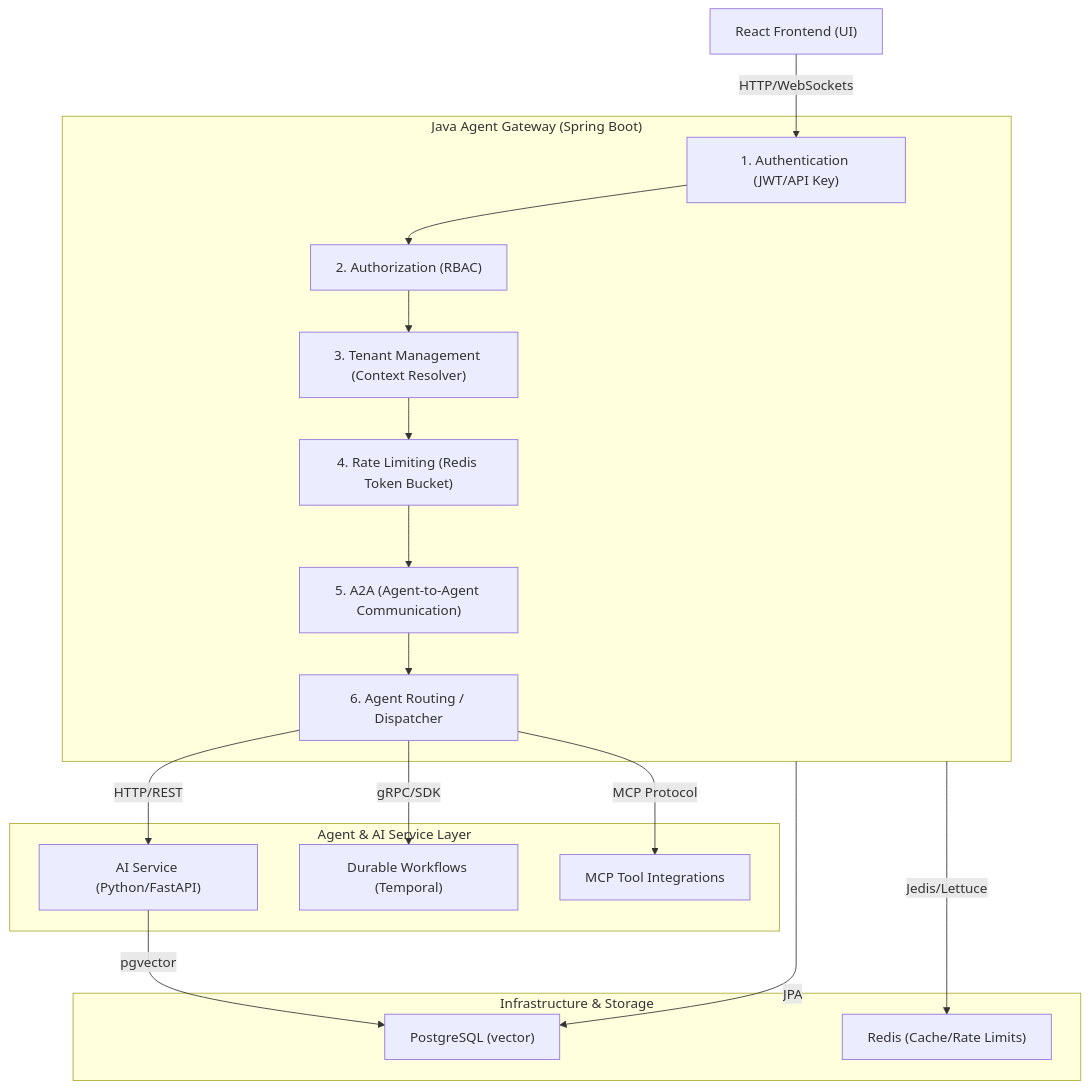
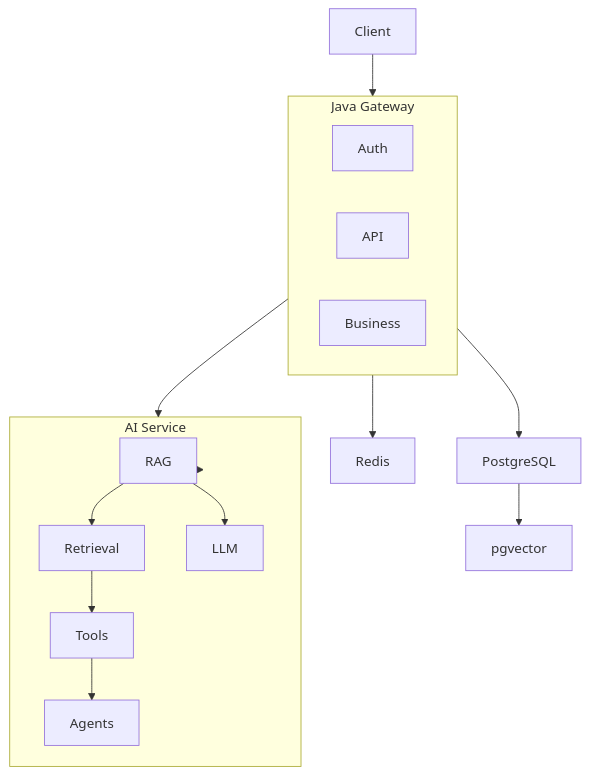
The diagram in architecture.md (sam08153/enterprise-agentops), drawn with Mermaid before and after one commit. The commit also changed other lines of this file, not shown here.

Commit message:
update architecture

```````diff
--- a/architecture.md
+++ b/architecture.md
@@ -7,48 +7,42 @@
 ```mermaid
 graph TD
     %% Clients
-    ReactApp["React Frontend (UI)"]
+    Client["Client"]
 
     %% Gateway Layer
-    subgraph Gateway ["Java Agent Gateway (Spring Boot)"]
-        AuthFilter["1. Authentication (JWT/API Key)"]
-        AuthzInterceptor["2. Authorization (RBAC)"]
-        TenantResolver["3. Tenant Management (Context Resolver)"]
-        RateLimiter["4. Rate Limiting (Redis Token Bucket)"]
-        A2AEngine["5. A2A (Agent-to-Agent Communication)"]
-        AgentRouter["6. Agent Routing / Dispatcher"]
+    subgraph Gateway ["Java Gateway"]
+        Auth["Auth"]
+        API["API"]
+        Business["Business"]
     end
 
-    %% Execution Layer
-    subgraph Execution ["Agent & AI Service Layer"]
-        FastAPIService["AI Service (Python/FastAPI)"]
-        TemporalWorker["Durable Workflows (Temporal)"]
-        MCPServer["MCP Tool Integrations"]
+    %% Storage & Service Split
+    PostgreSQL["PostgreSQL"]
+    Redis["Redis"]
+    
+    subgraph AIService ["AI Service"]
+        RAG["RAG"]
+        Retrieval["Retrieval"]
+        LLM["LLM"]
+        Tools["Tools"]
+        Agents["Agents"]
     end
 
-    %% Storage Layer
-    subgraph Storage ["Infrastructure & Storage"]
-        PostgresDB["PostgreSQL (vector)"]
-        RedisCache["Redis (Cache/Rate Limits)"]
-    end
+    %% Database details
+    pgvector["pgvector"]
 
-    %% Client connection
-    ReactApp -->|HTTP/WebSockets| AuthFilter
-    
-    %% Gateway Filters pipeline
-    AuthFilter --> AuthzInterceptor
-    AuthzInterceptor --> TenantResolver
-    TenantResolver --> RateLimiter
-    RateLimiter --> A2AEngine
-    A2AEngine --> AgentRouter
+    %% Flow Relations
+    Client --> Gateway
+    Gateway --> PostgreSQL
+    Gateway --> Redis
+    Gateway --> AIService
 
-    %% Routing to execution services
-    AgentRouter -->|HTTP/REST| FastAPIService
-    AgentRouter -->|gRPC/SDK| TemporalWorker
-    AgentRouter -->|MCP Protocol| MCPServer
+    PostgreSQL --> pgvector
 
-    %% Database & Cache access
-    Gateway -->|JPA| PostgresDB
-    Gateway -->|Jedis/Lettuce| RedisCache
-    FastAPIService -->|pgvector| PostgresDB
-```
+    %% AI Service internal hierarchy
+    AIService --> RAG
+    RAG --> Retrieval
+    RAG --> LLM
+    Retrieval --> Tools
+    Tools --> Agents
+``````
```````
